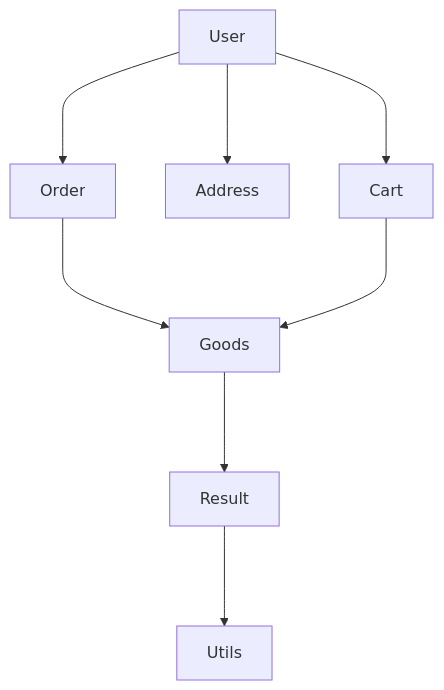
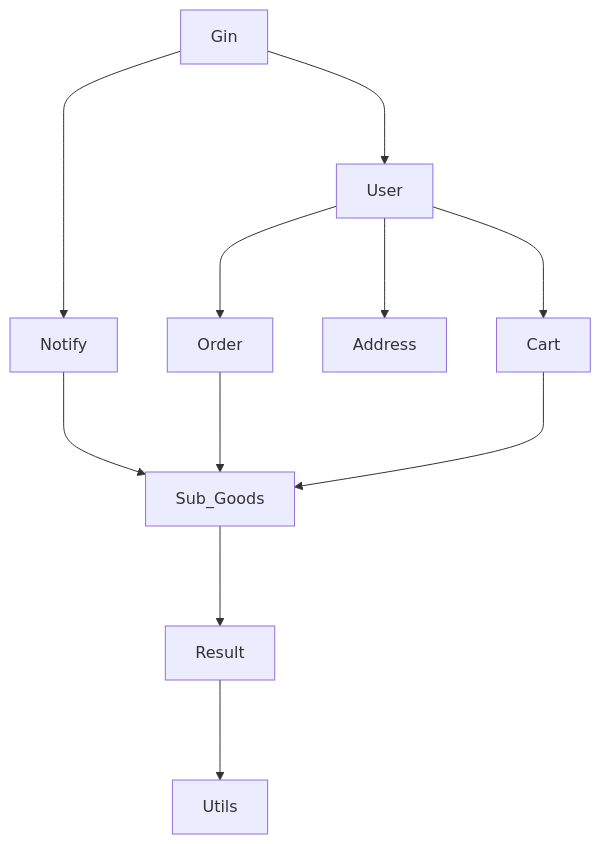
The diagram in document.md (blacknight2018/NFUShop), drawn with Mermaid before and after one commit. The commit also changed 3 other files, not shown here.

````diff
--- a/document.md
+++ b/document.md
@@ -1,10 +1,13 @@
 ```mermaid
 graph TB
+    Gin--->User
+    Gin--->Notify
+    Notify--->Sub_Goods
     User--->Order
     User--->Address
     User--->Cart
-    Order--->Goods
-    Cart--->Goods
-    Goods--->Result
+    Order--->Sub_Goods
+    Cart--->Sub_Goods
+    Sub_Goods--->Result
     Result--->Utils
 ```
````
